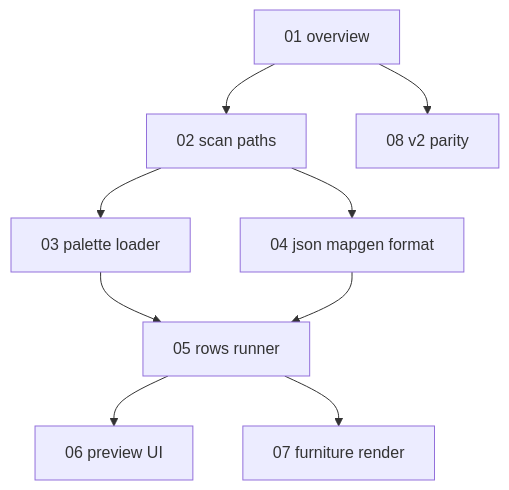
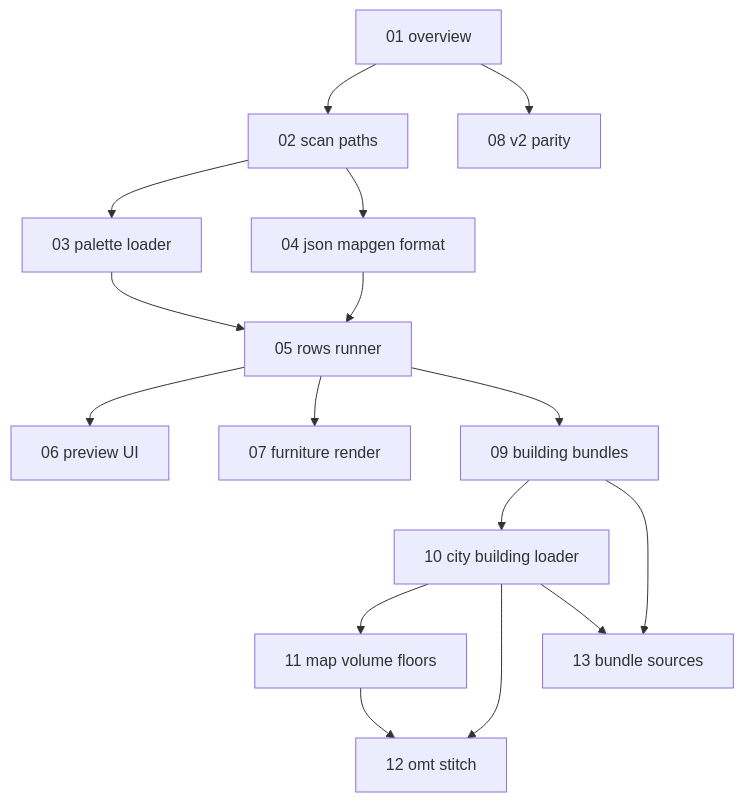
One commit to SOS-Games/Cataclysm-BN-nextgen changed the diagram in docs/mapgen-preview/README.md. Above: the diagram before and after it, drawn with Mermaid. The commit also changed other lines of this file and 46 other files, not shown here.

````diff
--- a/docs/mapgen-preview/README.md
+++ b/docs/mapgen-preview/README.md
@@ -56,20 +67,32 @@
 ```mermaid
 flowchart TD
     U01[01 overview]
     U02[02 scan paths]
     U03[03 palette loader]
     U04[04 json mapgen format]
     U05[05 rows runner]
     U06[06 preview UI]
     U07[07 furniture render]
     U08[08 v2 parity]
+    U09[09 building bundles]
+    U10[10 city building loader]
+    U11[11 map volume floors]
+    U12[12 omt stitch]
+    U13[13 bundle sources]
 
     U01 --> U02
     U02 --> U03
     U02 --> U04
     U03 --> U05
     U04 --> U05
     U05 --> U06
     U05 --> U07
+    U05 --> U09
+    U09 --> U10
+    U10 --> U11
+    U10 --> U12
+    U09 --> U13
+    U10 --> U13
+    U11 --> U12
     U01 --> U08
 ```
````
